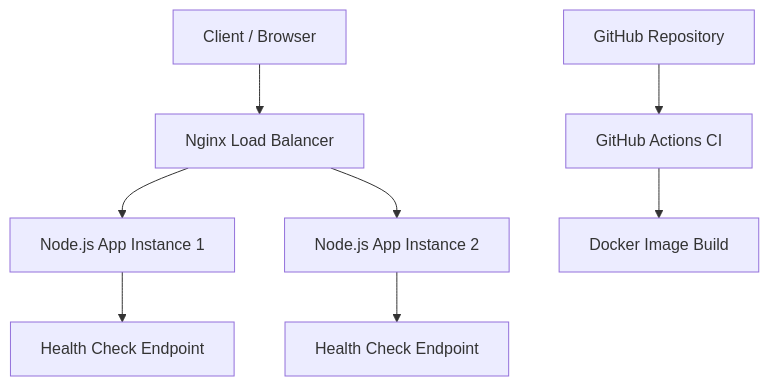
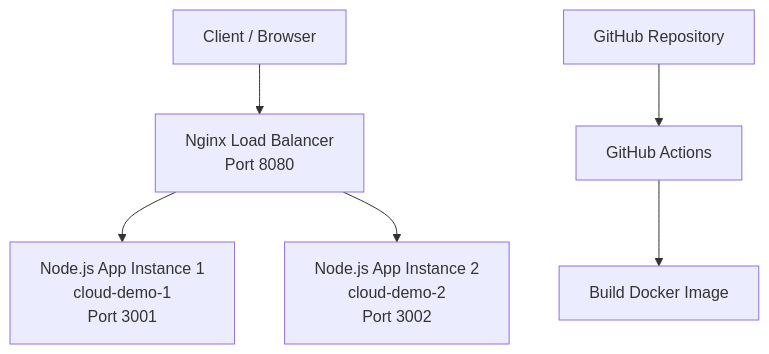
One commit to 25jaiswalkn-crypto/Cloud-deployment-demo-free changed the diagram in README.md. Above: the diagram before and after it, drawn with Mermaid. The commit also changed other lines of this file, not shown here.

````diff
--- a/README.md
+++ b/README.md
@@ -48,10 +25,8 @@
 ```mermaid
 flowchart TD
-    A[Client / Browser] --> B[Nginx Load Balancer]
-    B --> C[Node.js App Instance 1]
-    B --> D[Node.js App Instance 2]
-    C --> E[Health Check Endpoint]
-    D --> F[Health Check Endpoint]
-    G[GitHub Repository] --> H[GitHub Actions CI]
-    H --> I[Docker Image Build]
+    A["Client / Browser"] --> B["Nginx Load Balancer<br/>Port 8080"]
+    B --> C["Node.js App Instance 1<br/>cloud-demo-1<br/>Port 3001"]
+    B --> D["Node.js App Instance 2<br/>cloud-demo-2<br/>Port 3002"]
+    E["GitHub Repository"] --> F["GitHub Actions"]
+    F --> G["Build Docker Image"]
 ```
````
